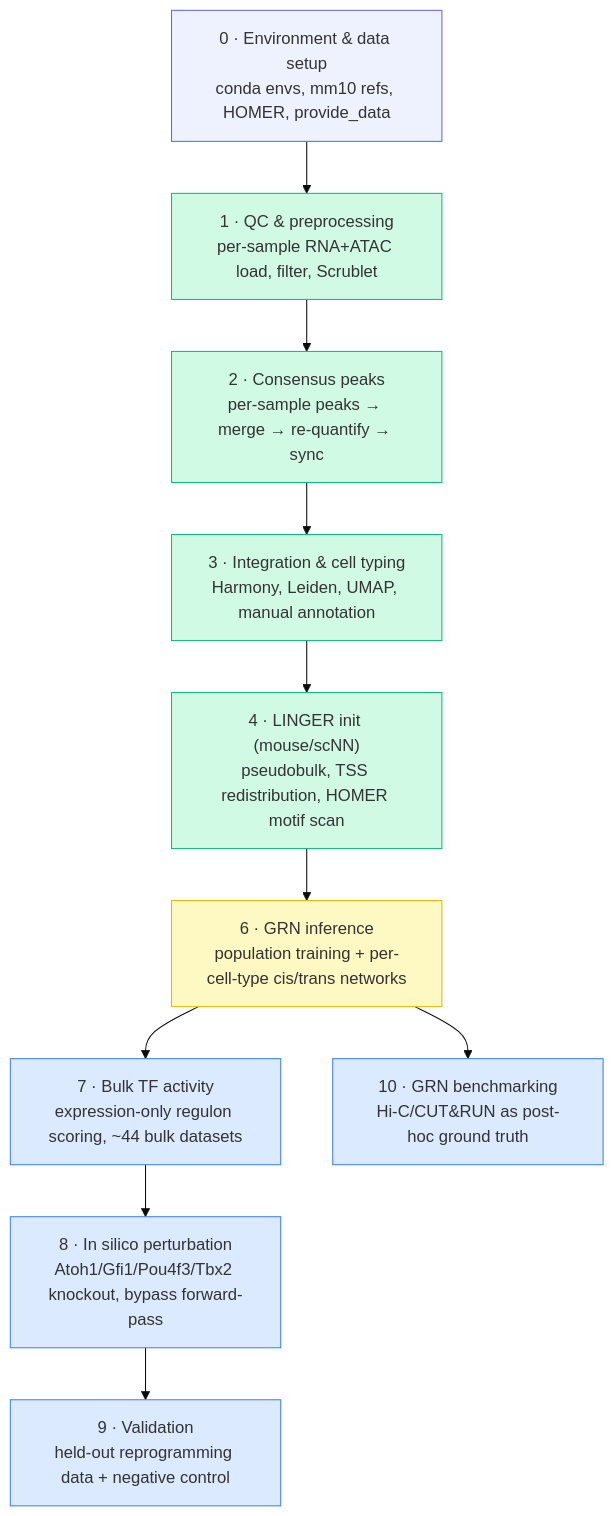
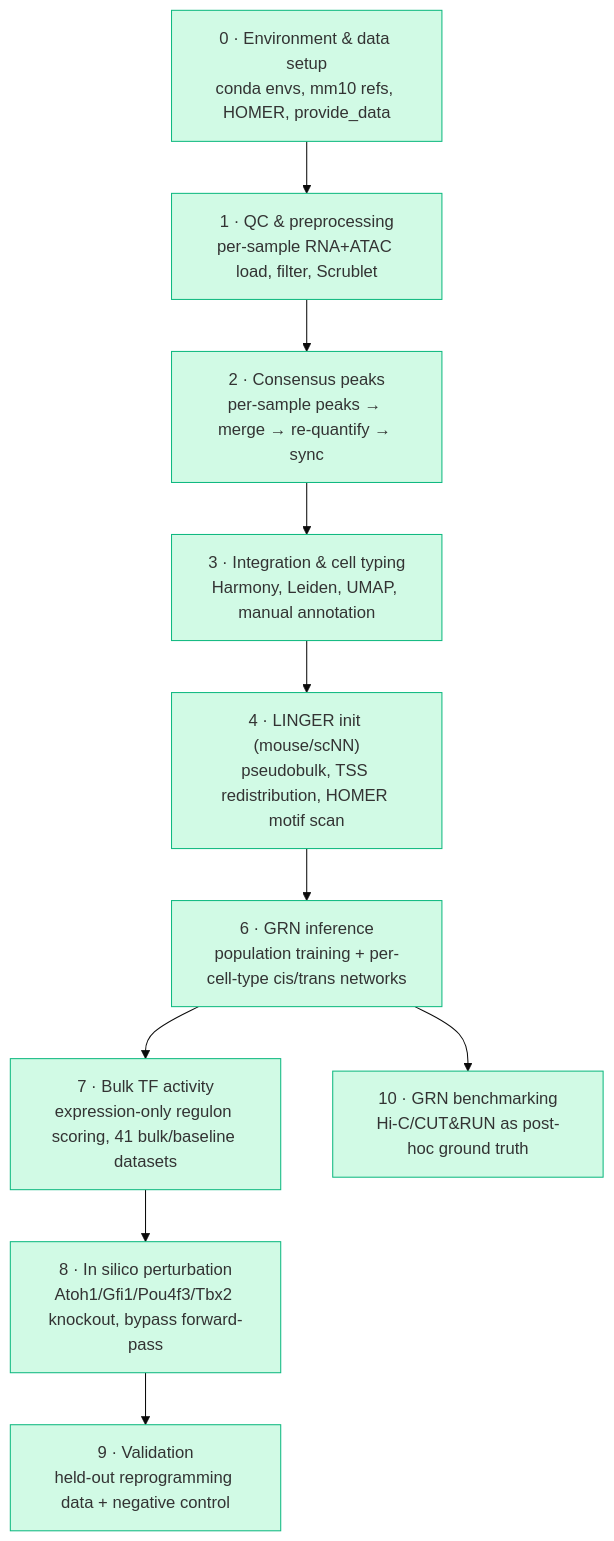
One commit to DarrenLJS/LINGER-Cochlear-TF-Knockout-Pipeline changed the diagram in README.md. Above: the diagram before and after it, drawn with Mermaid (base theme). The commit also changed other lines of this file and 2 other files, not shown here.

````diff
--- a/README.md
+++ b/README.md
@@ -21,23 +28,23 @@
 ```mermaid
 flowchart TD
     A["0 · Environment & data setup<br/>conda envs, mm10 refs, HOMER, provide_data"] --> B["1 · QC & preprocessing<br/>per-sample RNA+ATAC load, filter, Scrublet"]
     B --> C["2 · Consensus peaks<br/>per-sample peaks → merge → re-quantify → sync"]
     C --> D["3 · Integration & cell typing<br/>Harmony, Leiden, UMAP, manual annotation"]
     D --> E["4 · LINGER init (mouse/scNN)<br/>pseudobulk, TSS redistribution, HOMER motif scan"]
     E --> F["6 · GRN inference<br/>population training + per-cell-type cis/trans networks"]
-    F --> G["7 · Bulk TF activity<br/>expression-only regulon scoring, ~44 bulk datasets"]
+    F --> G["7 · Bulk TF activity<br/>expression-only regulon scoring, 41 bulk/baseline datasets"]
     F --> J["10 · GRN benchmarking<br/>Hi-C/CUT&RUN as post-hoc ground truth"]
     G --> H["8 · In silico perturbation<br/>Atoh1/Gfi1/Pou4f3/Tbx2 knockout, bypass forward-pass"]
     H --> I["9 · Validation<br/>held-out reprogramming data + negative control"]
 
-    style A fill:#eef2ff,stroke:#6366f1
+    style A fill:#d1fae5,stroke:#10b981
     style B fill:#d1fae5,stroke:#10b981
     style C fill:#d1fae5,stroke:#10b981
     style D fill:#d1fae5,stroke:#10b981
     style E fill:#d1fae5,stroke:#10b981
-    style F fill:#fef9c3,stroke:#eab308
-    style G fill:#dbeafe,stroke:#3b82f6
-    style H fill:#dbeafe,stroke:#3b82f6
-    style I fill:#dbeafe,stroke:#3b82f6
-    style J fill:#dbeafe,stroke:#3b82f6
+    style F fill:#d1fae5,stroke:#10b981
+    style G fill:#d1fae5,stroke:#10b981
+    style H fill:#d1fae5,stroke:#10b981
+    style I fill:#d1fae5,stroke:#10b981
+    style J fill:#d1fae5,stroke:#10b981
 ```
````
